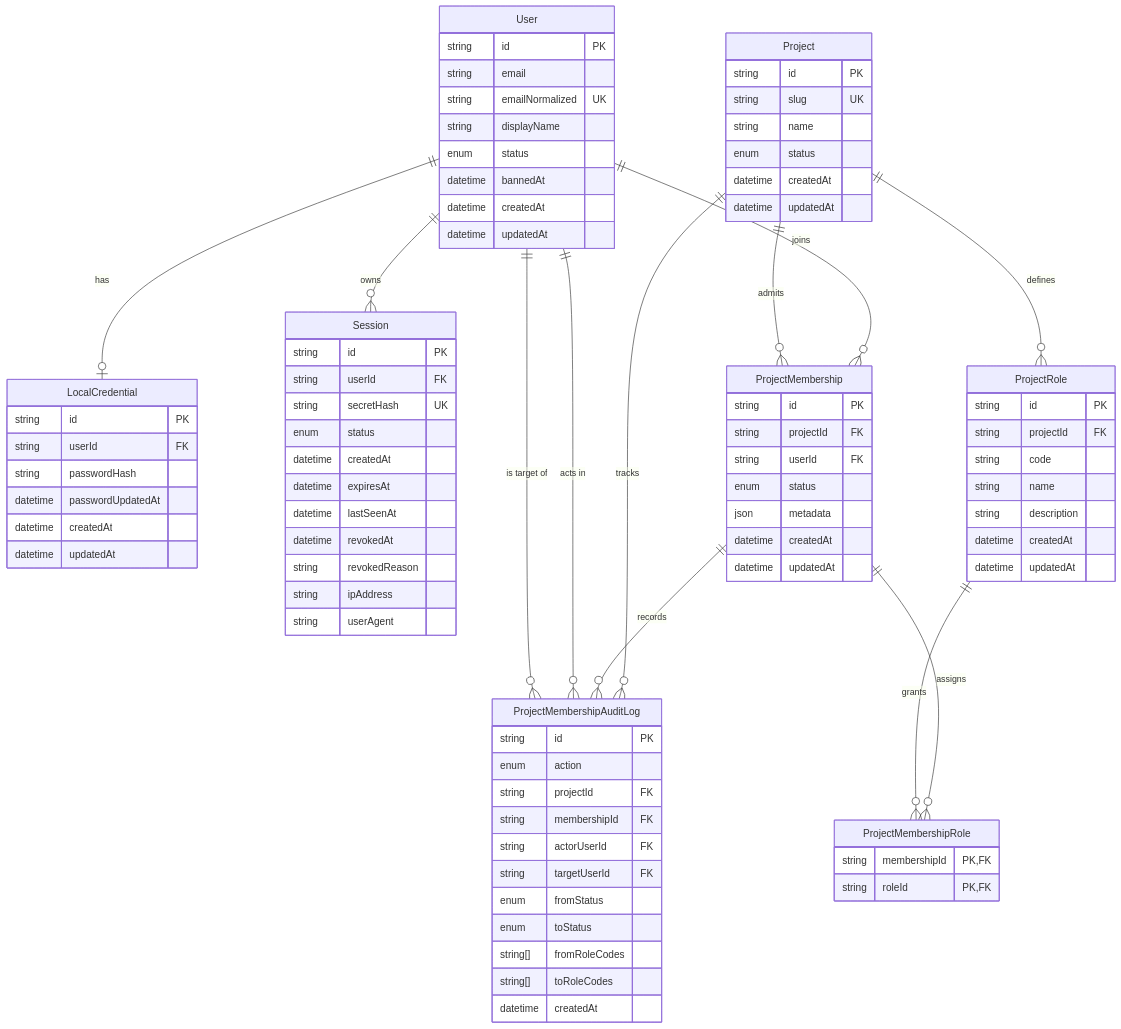
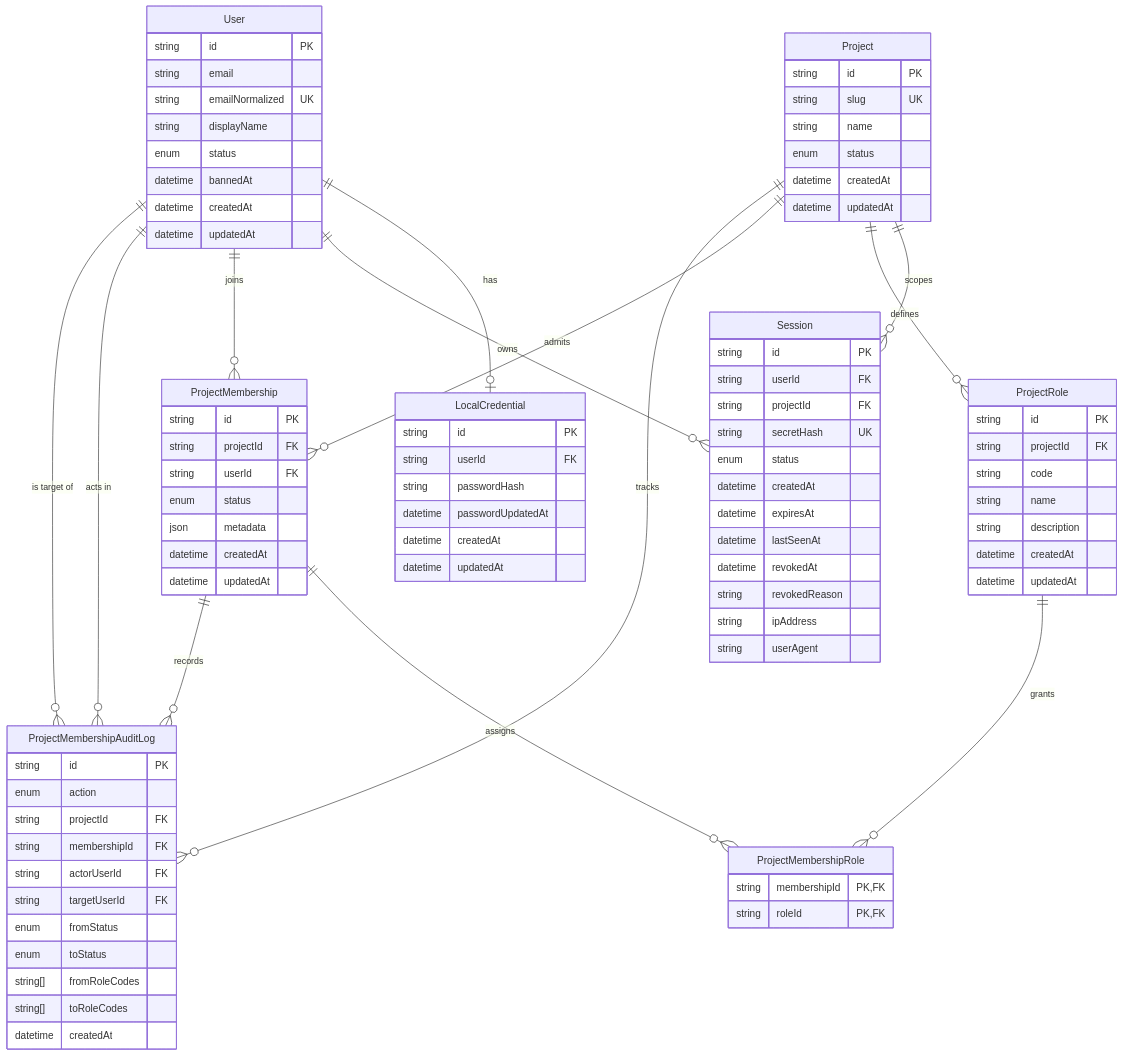
The diagram in docs/database-model.md (C3SC0-V4113/Identity-Service), drawn with Mermaid before and after one commit. The commit also changed other lines of this file and 15 other files, not shown here.

```diff
--- a/docs/database-model.md
+++ b/docs/database-model.md
@@ -73,6 +79,7 @@
     User ||--o| LocalCredential : "has"
     User ||--o{ Session : "owns"
     User ||--o{ ProjectMembership : "joins"
+    Project ||--o{ Session : "scopes"
     Project ||--o{ ProjectRole : "defines"
     Project ||--o{ ProjectMembership : "admits"
     Project ||--o{ ProjectMembershipAuditLog : "tracks"
@@ -105,6 +112,7 @@
     Session {
         string id PK
         string userId FK
+        string projectId FK
         string secretHash UK
         enum status
         datetime createdAt
```
